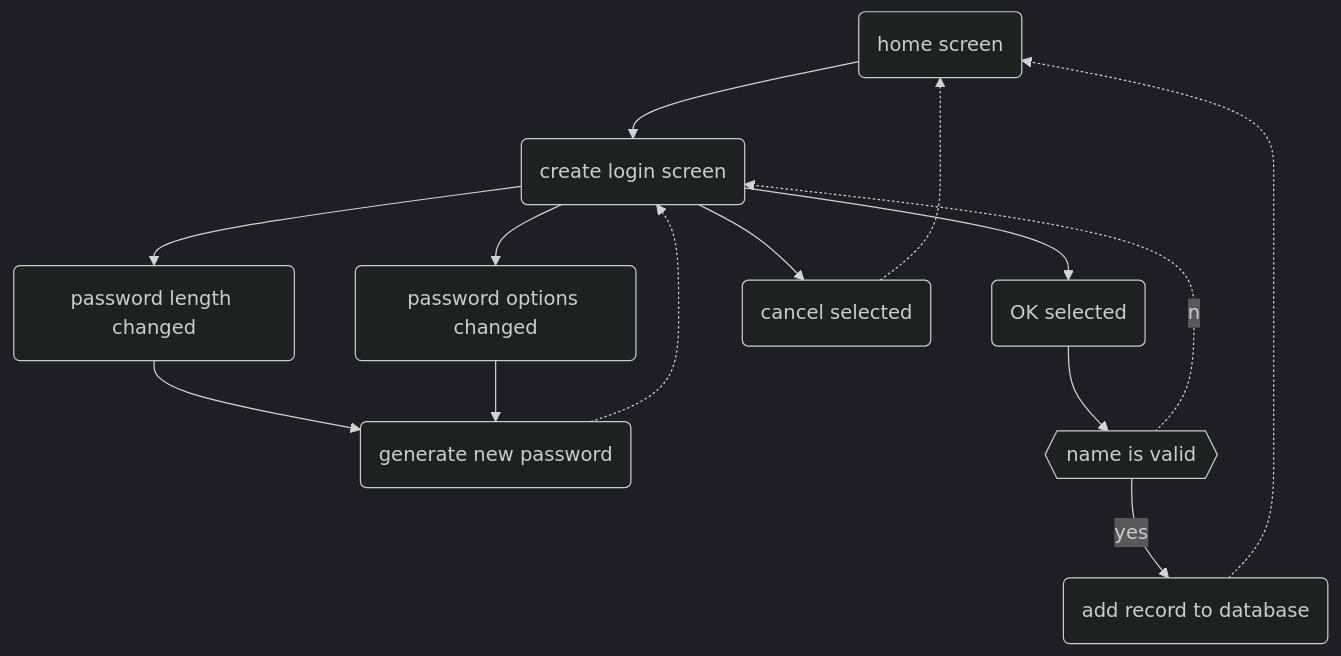
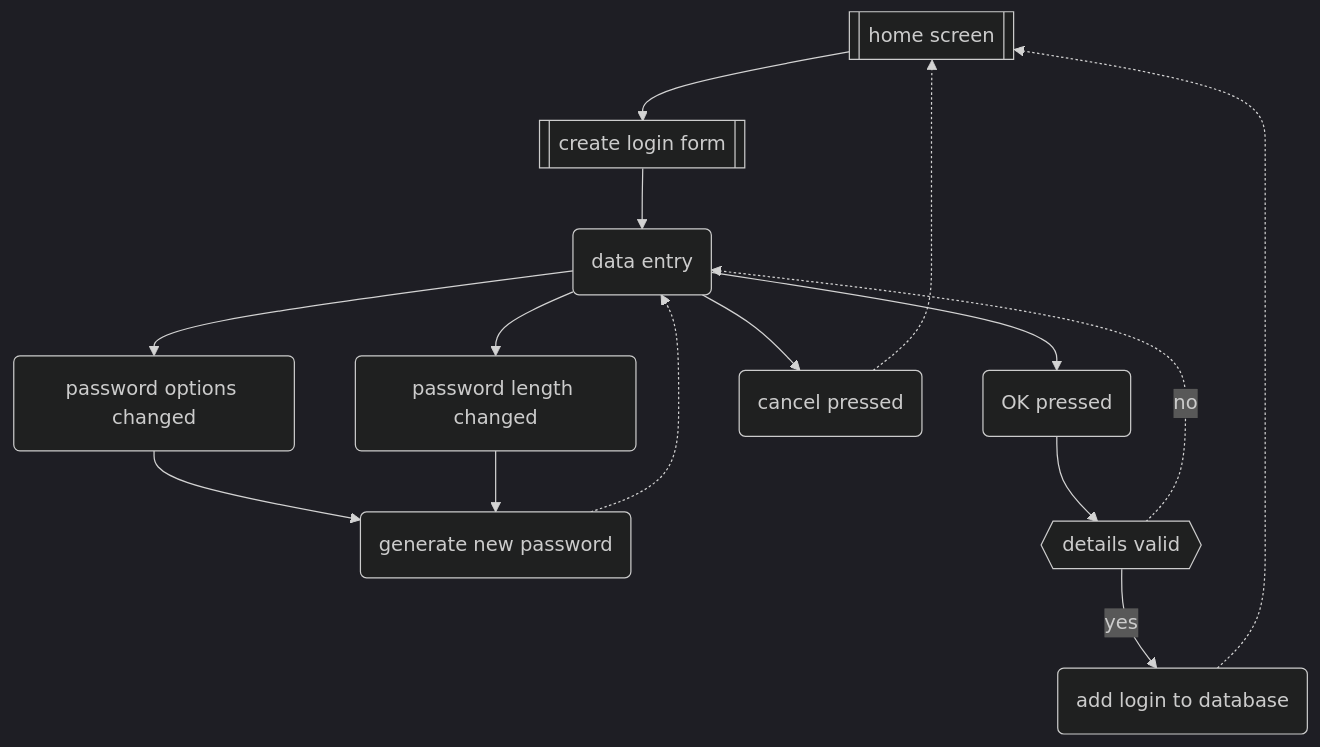
The third of 4 diagrams in README.md (pxp888/passcodes), drawn with Mermaid (dark theme) before and after one commit. The commit also changed other lines of this file and 1 other file, not shown here.

Commit message:
update DB Password is now environment variable

```diff
--- a/README.md
+++ b/README.md
@@ -82,11 +101,20 @@
 ~~~mermaid
 graph TD
-hs(home screen)-->cl(create login screen)
-cl-->pl(password length changed)-->g(generate new password)-.->cl
-cl-->o1(password options changed)-->g
-cl-->ok(OK selected)
-ok-->nv{{name is valid}}--yes-->ar
-nv-.no.->cl
-ar(add record to database)-.->hs
-cl-->cn(cancel selected)-.->hs
+hs[[home screen]]
+cl[[create login form]]
+de(data entry)
+pc1(password options changed)
+pc2(password length changed)
+gp(generate new password)
+ok(OK pressed)
+ok1{{details valid}}
+add(add login to database)
+cancel(cancel pressed)
+
+hs-->cl
+cl-->de
+de-->pc1 & pc2 -->gp-.->de
+de-->ok-->ok1-->|yes|add-.->hs
+ok1-.->|no|de
+de-->cancel-.->hs
 ~~~
```
